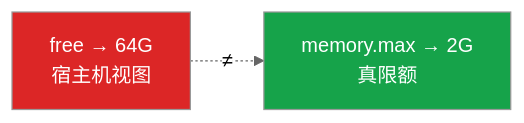
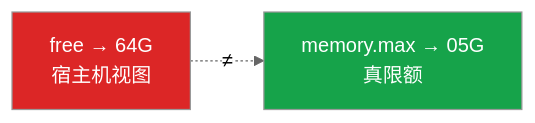
The ninth of 12 diagrams in 01-基础底座/04-内核与系统/知识点.md (ml-cuizijun/LearnToLilith), drawn with Mermaid (neutral theme) before and after one commit. The commit also changed other lines of this file and 56 other files, not shown here.

````diff
--- a/01-基础底座/04-内核与系统/知识点.md
+++ b/01-基础底座/04-内核与系统/知识点.md
@@ -895,9 +895,9 @@
 ```mermaid
 flowchart LR
-    free["free → 64G<br/>宿主机视图"] -.->|≠| cg["memory.max → 2G<br/>真限额"]
+    free["free → 64G<br/>宿主机视图"] -.->|≠| cg["memory.max → 05G<br/>真限额"]
 
     classDef bad fill:#DC2626,color:#fff
     classDef ok fill:#16A34A,color:#fff
     class free bad
     class cg ok
 ```
````
